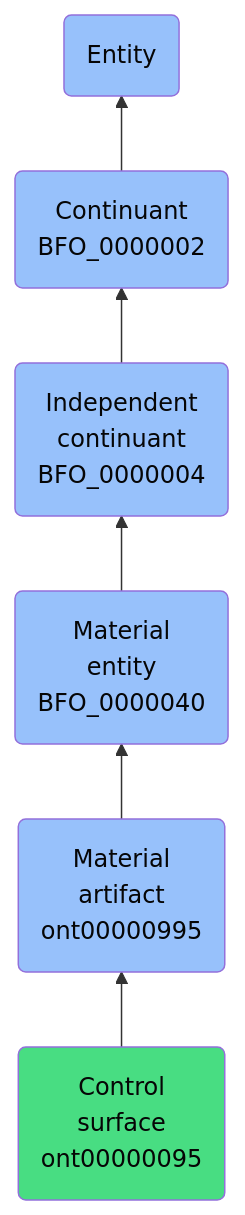
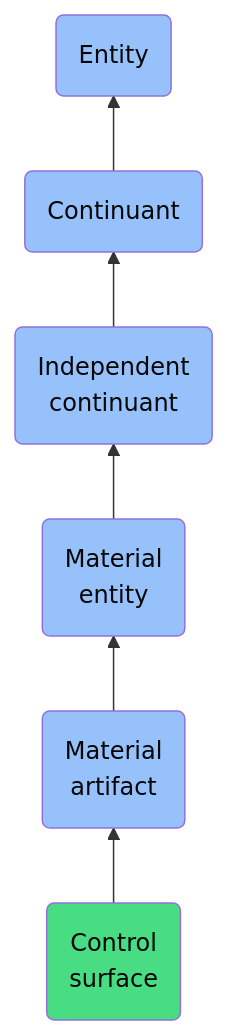
The diagram in docs/ontology/reference/model/Entity/Continuant/Independent continuant/Material entity/Material artifact/Control surface/Control surface.md (jupyter-naas/abi), drawn with Mermaid before and after one commit. The commit also changed other lines of this file and 1430 other files, not shown here.

````diff
--- a/docs/ontology/reference/model/Entity/Continuant/Independent continuant/Material entity/Material artifact/Control surface/Control surface.md
+++ b/docs/ontology/reference/model/Entity/Continuant/Independent continuant/Material entity/Material artifact/Control surface/Control surface.md
@@ -24,13 +24,13 @@
 ```mermaid
 graph BT
-    ont00000095(Control<br>surface<br>ont00000095):::ABI-->ont00000995
-    ont00000995(Material<br>artifact<br>ont00000995):::BFO-->BFO_0000040
-    BFO_0000040(Material<br>entity<br>BFO_0000040):::BFO-->BFO_0000004
-    BFO_0000004(Independent<br>continuant<br>BFO_0000004):::BFO-->BFO_0000002
-    BFO_0000002(Continuant<br>BFO_0000002):::BFO-->BFO_0000001
+    ont00000095(Control<br>surface):::ABI-->ont00000995
+    ont00000995(Material<br>artifact):::BFO-->BFO_0000040
+    BFO_0000040(Material<br>entity):::BFO-->BFO_0000004
+    BFO_0000004(Independent<br>continuant):::BFO-->BFO_0000002
+    BFO_0000002(Continuant):::BFO-->BFO_0000001
     BFO_0000001(Entity):::BFO
     
     classDef BFO fill:#97c1fb,color:#060606
     classDef CCO fill:#e4c51e,color:#060606
     classDef ABI fill:#48DD82,color:#060606
 ```
````
